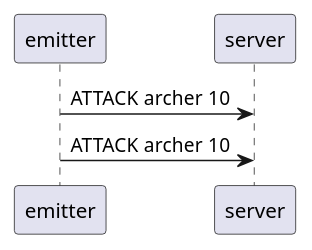
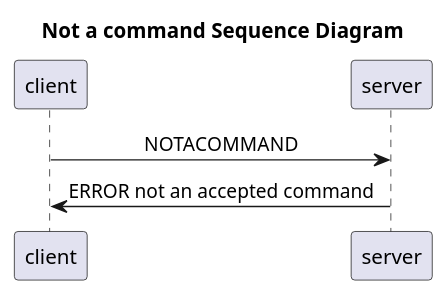
One commit to BetterBlood/DAI-PW3 changed the second of 3 diagrams in diagrams/TowerDefenceDiagram.puml. Above: the diagram before and after it, drawn with PlantUML. The commit also changed other lines of this file and 4 other files, not shown here.

Commit message:
diagrams + readme

```diff
--- a/diagrams/TowerDefenceDiagram.puml
+++ b/diagrams/TowerDefenceDiagram.puml
@@ -1,7 +31,10 @@
 @startuml
 'https://plantuml.com/sequence-diagram
+skinparam sequenceMessageAlign center
 
-emitter -> server: ATTACK archer 10
-emitter -> server: ATTACK archer 10
+Title Not a command Sequence Diagram
+
+client -> server : NOTACOMMAND
+server -> client : ERROR not an accepted command
 
 @enduml
```
